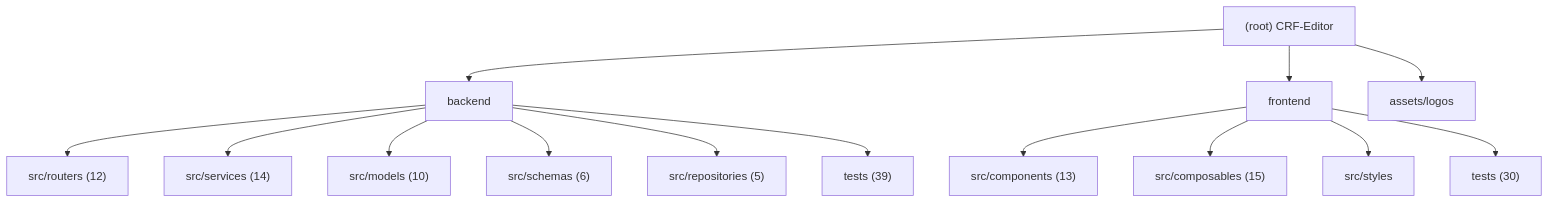
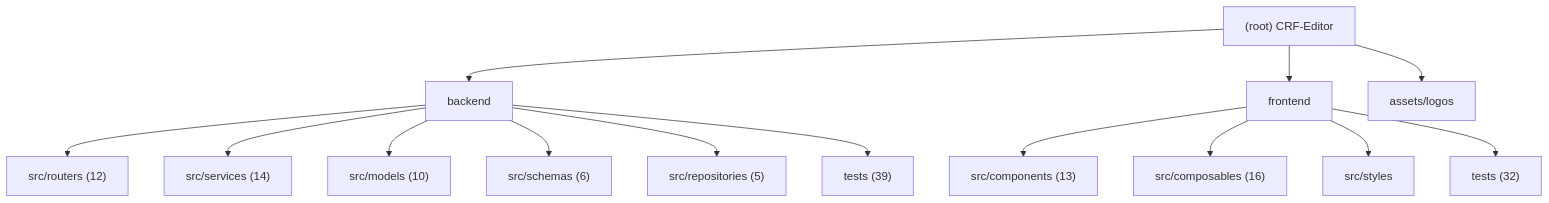
Before and after one commit to decade6666/CRF-Editor: the diagram in .claude/CLAUDE.md, drawn with Mermaid. The commit also changed other lines of this file and 14 other files, not shown here.

````diff
--- a/.claude/CLAUDE.md
+++ b/.claude/CLAUDE.md
@@ -15,19 +15,19 @@
 ```mermaid
 graph TD
     A["(root) CRF-Editor"] --> B["backend"];
     B --> B1["src/routers (12)"];
     B --> B2["src/services (14)"];
     B --> B3["src/models (10)"];
     B --> B4["src/schemas (6)"];
     B --> B5["src/repositories (5)"];
     B --> B6["tests (39)"];
     A --> C["frontend"];
     C --> C1["src/components (13)"];
-    C --> C2["src/composables (15)"];
+    C --> C2["src/composables (16)"];
     C --> C3["src/styles"];
-    C --> C4["tests (30)"];
+    C --> C4["tests (32)"];
     A --> D["assets/logos"];
 
     click B "./backend/.claude/CLAUDE.md" "View backend module docs"
     click C "./frontend/.claude/CLAUDE.md" "View frontend module docs"
 ```
````
